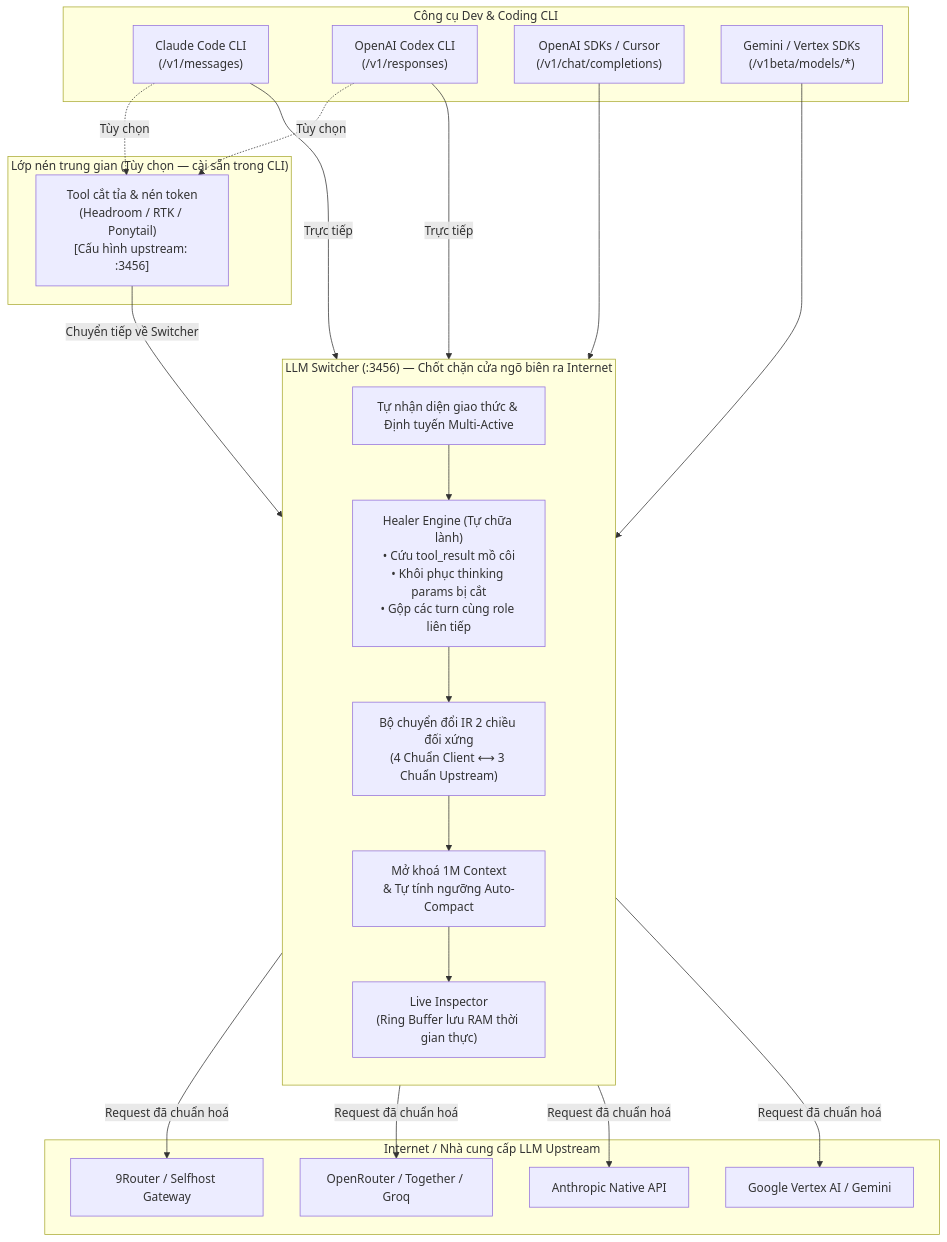
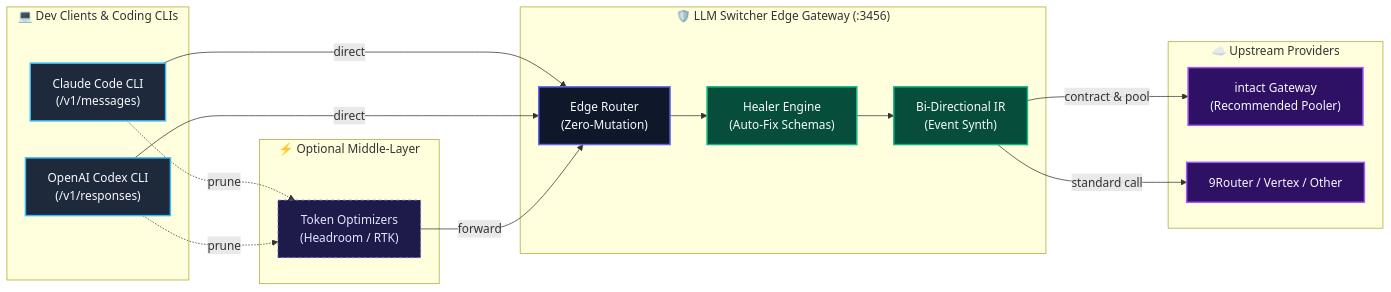
Before and after one commit to louisphamdev/llm-switcher: the diagram in README.vi.md, drawn with Mermaid. The commit also changed other lines of this file and 45 other files, not shown here.

Commit message:
feat(release): 1.2.0 - zero-mutation interceptor, dynamic model catalog & self-healing schemas

````diff
--- a/README.vi.md
+++ b/README.vi.md
@@ -70,43 +71,38 @@
 ```mermaid
-flowchart TD
-    subgraph Clients["Công cụ Dev & Coding CLI"]
-        CC["Claude Code CLI\n(/v1/messages)"]
-        CDX["OpenAI Codex CLI\n(/v1/responses)"]
-        OAI["OpenAI SDKs / Cursor\n(/v1/chat/completions)"]
-        VTX["Gemini / Vertex SDKs\n(/v1beta/models/*)"]
+flowchart LR
+    classDef client fill:#1e293b,stroke:#38bdf8,stroke-width:2px,color:#f8fafc;
+    classDef edge fill:#0f172a,stroke:#6366f1,stroke-width:2px,color:#f8fafc;
+    classDef healer fill:#064e3b,stroke:#10b981,stroke-width:2px,color:#f8fafc;
+    classDef upstream fill:#2e1065,stroke:#a855f7,stroke-width:2px,color:#f8fafc;
+    classDef opt fill:#1e1b4b,stroke:#818cf8,stroke-dasharray: 4 4,color:#e0e7ff;
+
+    subgraph Clients[" 💻 Dev Clients & Coding CLIs "]
+        CC["Claude Code CLI\n(/v1/messages)"]:::client
+        CDX["OpenAI Codex CLI\n(/v1/responses)"]:::client
     end
 
-    subgraph Optimizers["Lớp nén trung gian (Tùy chọn — cài sẵn trong CLI)"]
-        OPT["Tool cắt tỉa & nén token\n(Headroom / RTK / Ponytail)\n[Cấu hình upstream: :3456]"]
+    subgraph Middle[" ⚡ Optional Middle-Layer "]
+        OPT["Token Optimizers\n(Headroom / RTK)"]:::opt
     end
 
-    subgraph Switcher["LLM Switcher (:3456) — Chốt chặn cửa ngõ biên ra Internet"]
-        direction TB
-        ROUTER["Tự nhận diện giao thức & Định tuyến Multi-Active"]
-        HEALER["Healer Engine (Tự chữa lành)\n• Cứu tool_result mồ côi\n• Khôi phục thinking params bị cắt\n• Gộp các turn cùng role liên tiếp"]
-        IR["Bộ chuyển đổi IR 2 chiều đối xứng\n(4 Chuẩn Client ⟷ 3 Chuẩn Upstream)"]
-        M1M["Mở khoá 1M Context\n& Tự tính ngưỡng Auto-Compact"]
-        LOGS["Live Inspector\n(Ring Buffer lưu RAM thời gian thực)"]
-        ROUTER --> HEALER --> IR --> M1M --> LOGS
+    subgraph Gateway[" 🛡️ LLM Switcher Edge Gateway (:3456) "]
+        ROUTER["Edge Router\n(Zero-Mutation)"]:::edge
+        HEALER["Healer Engine\n(Auto-Fix Schemas)"]:::healer
+        IR["Bi-Directional IR\n(Event Synth)"]:::healer
+        ROUTER --> HEALER --> IR
     end
 
-    subgraph Upstream["Internet / Nhà cung cấp LLM Upstream"]
-        R9["9Router / Selfhost Gateway"]
-        OR["OpenRouter / Together / Groq"]
-        ANT["Anthropic Native API"]
-        GCP["Google Vertex AI / Gemini"]
+    subgraph Upstreams[" ☁️ Upstream Providers "]
+        INTACT["intact Gateway\n(Recommended Pooler)"]:::upstream
+        OTHER["9Router / Vertex / Other"]:::upstream
     end
 
-    CC -->|Trực tiếp| ROUTER
-    CC -.->|Tùy chọn| OPT
-    CDX -->|Trực tiếp| ROUTER
-    CDX -.->|Tùy chọn| OPT
-    OAI --> ROUTER
-    VTX --> ROUTER
-    OPT -->|Chuyển tiếp về Switcher| ROUTER
+    CC -->|direct| ROUTER
+    CDX -->|direct| ROUTER
+    CC -.->|prune| OPT
+    CDX -.->|prune| OPT
+    OPT -->|forward| ROUTER
 
-    LOGS -->|Request đã chuẩn hoá| R9
-    LOGS -->|Request đã chuẩn hoá| OR
-    LOGS -->|Request đã chuẩn hoá| ANT
-    LOGS -->|Request đã chuẩn hoá| GCP
+    IR -->|contract & pool| INTACT
+    IR -->|standard call| OTHER
 ```
````
